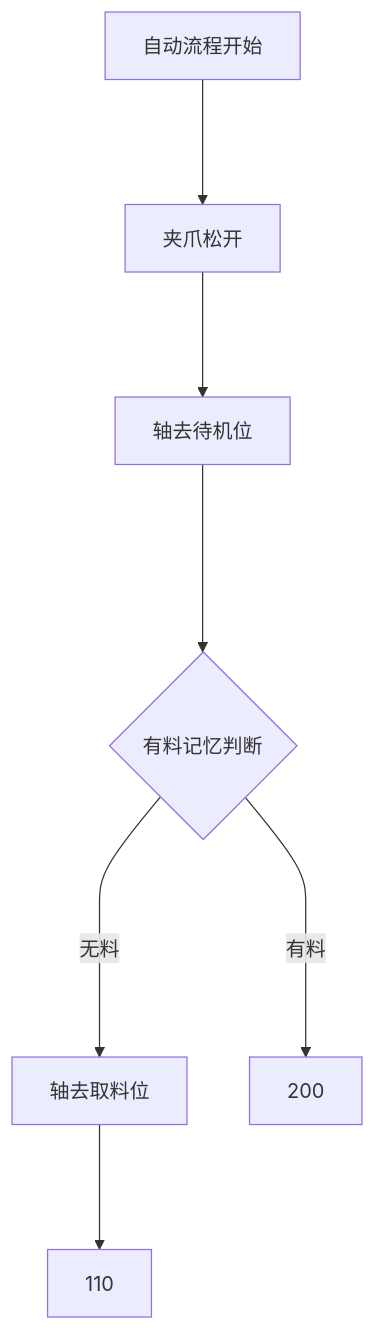
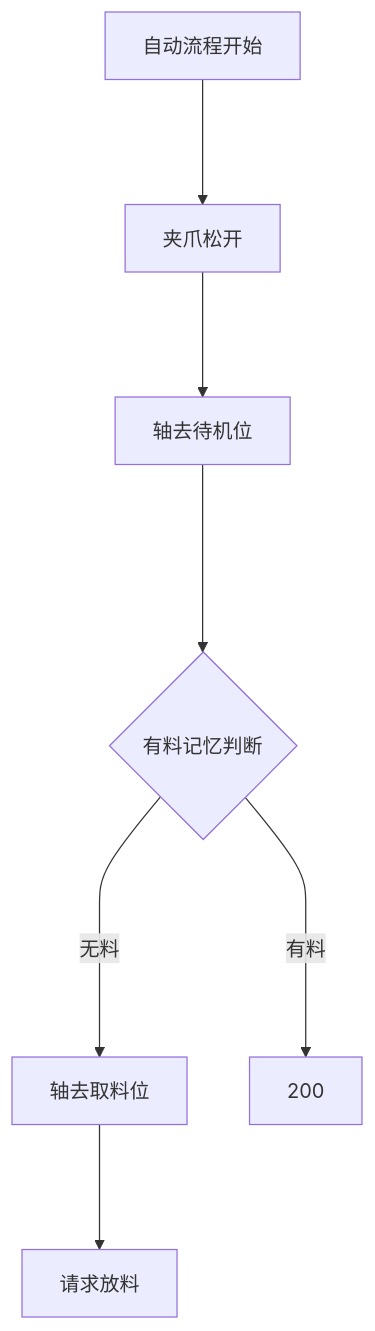
Before and after one commit to zmq000/iodraw-files: the diagram in all/OP70工位8插载具左工位.md, drawn with Mermaid.

Commit message:
2026-06-17 18:41:06 update

````diff
--- a/all/OP70工位8插载具左工位.md
+++ b/all/OP70工位8插载具左工位.md
@@ -1,9 +1,10 @@
 ```mermaid
 graph TD
 自动流程开始--->10
 10[夹爪松开]--->20
 20[轴去待机位]---->30
 30{有料记忆判断}---->|无料|100
 30---->|有料|200
 100[轴去取料位]--->110
+110[请求放料]
 ```
````
